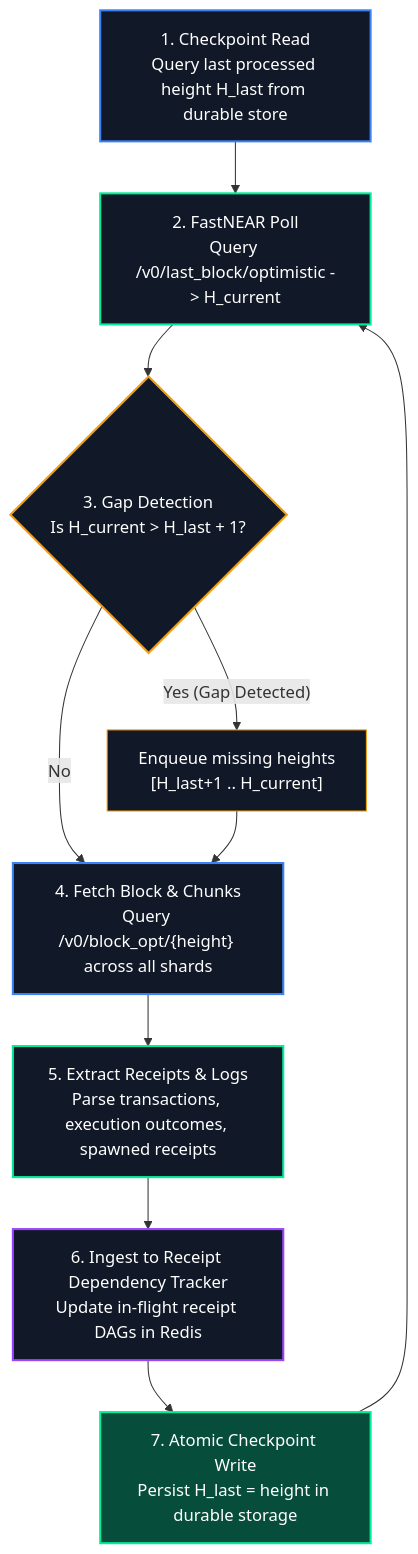
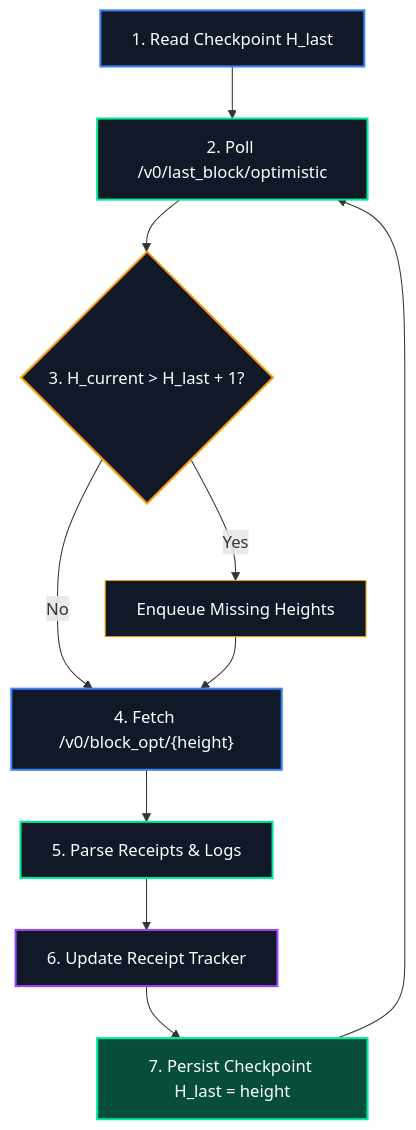
Before and after one commit to Team-Managed/NEARHook: the fifth of 7 diagrams in whitepaper.md, drawn with Mermaid. The commit also changed other lines of this file and 4 other files, not shown here.

````diff
--- a/whitepaper.md
+++ b/whitepaper.md
@@ -378,21 +220,21 @@
 ```mermaid
 flowchart TD
-    ReadCheckpoint["1. Checkpoint Read<br/>Query last processed height H_last from durable store"] --> PollLatest["2. FastNEAR Poll<br/>Query /v0/last_block/optimistic -> H_current"]
-    PollLatest --> GapCheck{"3. Gap Detection<br/>Is H_current > H_last + 1?"}
-    GapCheck -- "Yes (Gap Detected)" --> EnqueueGaps["Enqueue missing heights<br/>[H_last+1 .. H_current]"]
-    GapCheck -- "No" --> FetchBlock["4. Fetch Block & Chunks<br/>Query /v0/block_opt/{height} across all shards"]
+    ReadCheckpoint["1. Read Checkpoint H_last"] --> PollLatest["2. Poll /v0/last_block/optimistic"]
+    PollLatest --> GapCheck{"3. H_current > H_last + 1?"}
+    GapCheck -- "Yes" --> EnqueueGaps["Enqueue Missing Heights"]
+    GapCheck -- "No" --> FetchBlock["4. Fetch /v0/block_opt/{height}"]
     EnqueueGaps --> FetchBlock
-    FetchBlock --> Extract["5. Extract Receipts & Logs<br/>Parse transactions, execution outcomes, spawned receipts"]
-    Extract --> UpdateTracker["6. Ingest to Receipt Dependency Tracker<br/>Update in-flight receipt DAGs in Redis"]
-    UpdateTracker --> CheckpointWrite["7. Atomic Checkpoint Write<br/>Persist H_last = height in durable storage"]
+    FetchBlock --> Extract["5. Parse Receipts & Logs"]
+    Extract --> UpdateTracker["6. Update Receipt Tracker"]
+    UpdateTracker --> CheckpointWrite["7. Persist Checkpoint H_last = height"]
     CheckpointWrite --> PollLatest
 
     style ReadCheckpoint fill:#111827,stroke:#3B82F6,stroke-width:2px,color:#fff
     style PollLatest fill:#111827,stroke:#00EC97,stroke-width:2px,color:#fff
     style GapCheck fill:#111827,stroke:#F59E0B,stroke-width:2px,color:#fff
     style EnqueueGaps fill:#111827,stroke:#F59E0B,stroke-width:1px,color:#fff
     style FetchBlock fill:#111827,stroke:#3B82F6,stroke-width:2px,color:#fff
     style Extract fill:#111827,stroke:#00EC97,stroke-width:2px,color:#fff
     style UpdateTracker fill:#111827,stroke:#9945FF,stroke-width:2px,color:#fff
     style CheckpointWrite fill:#064E3B,stroke:#00EC97,stroke-width:2px,color:#fff
 ```
````
